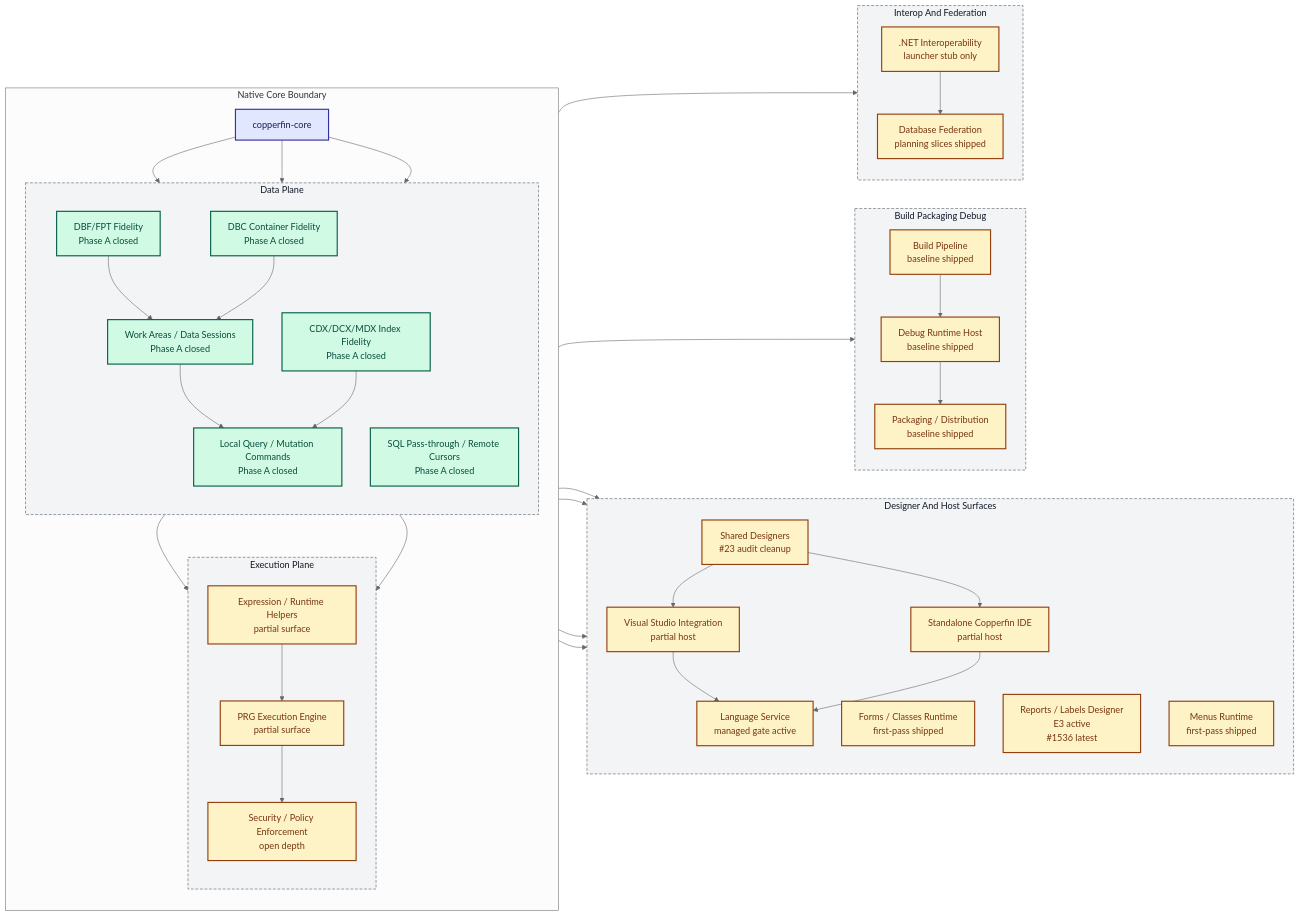
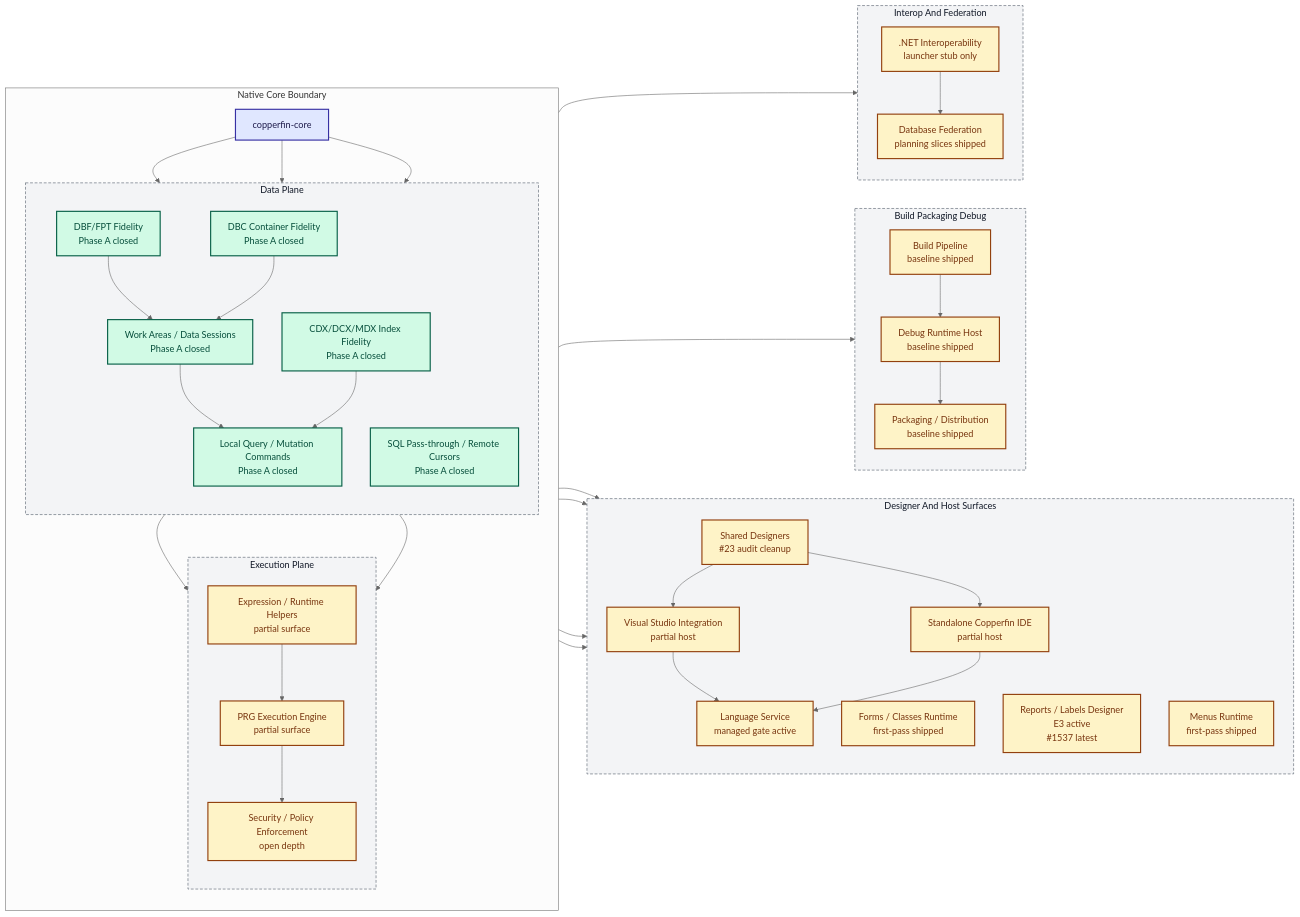
Before and after one commit to rhamenator/Project-Copperfin: the diagram in docs/02-architecture.md, drawn with Mermaid (neutral theme). The commit also changed 7 other files, not shown here.

```diff
--- a/docs/02-architecture.md
+++ b/docs/02-architecture.md
@@ -36,7 +36,7 @@
         direction TB
         DES["Shared Designers<br/>#23 audit cleanup"]
         FORMS["Forms / Classes Runtime<br/>first-pass shipped"]
-        RPT["Reports / Labels Designer<br/>E3 active<br/>#1536 latest"]
+        RPT["Reports / Labels Designer<br/>E3 active<br/>#1537 latest"]
         MENU["Menus Runtime<br/>first-pass shipped"]
         VS["Visual Studio Integration<br/>partial host"]
         IDE["Standalone Copperfin IDE<br/>partial host"]
```
